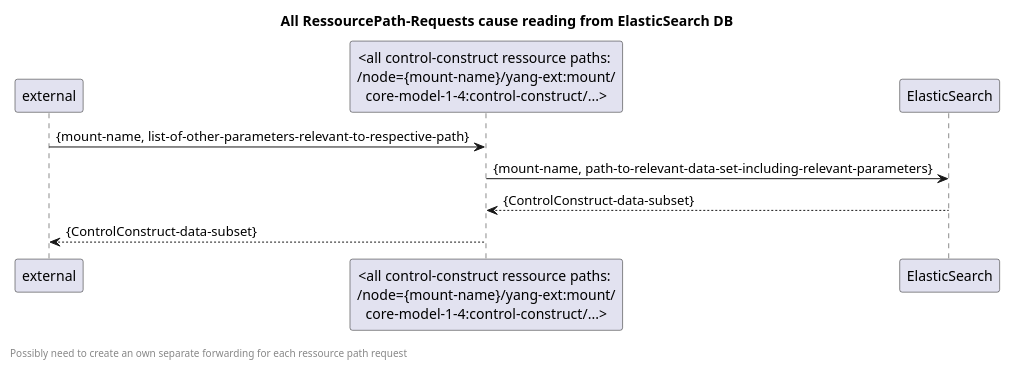
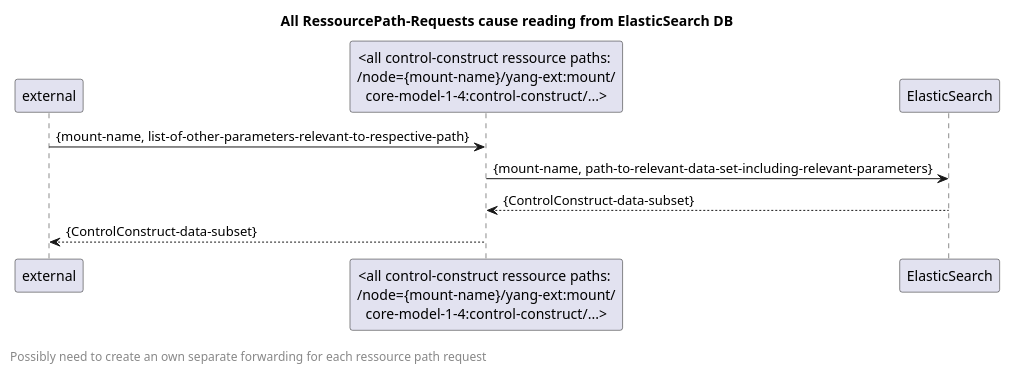
The diagram in spec/diagrams/09x_forwardingRessourcePathRequest.plantuml (openBackhaul/MicroWaveDeviceInventory), drawn with PlantUML before and after one commit. The commit also changed 2 other files, not shown here.

Commit message:
footer style

```diff
--- a/spec/diagrams/09x_forwardingRessourcePathRequest.plantuml
+++ b/spec/diagrams/09x_forwardingRessourcePathRequest.plantuml
@@ -1,16 +1,23 @@
 @startuml
 skinparam responseMessageBelowArrow true
 
 title All RessourcePath-Requests cause reading from ElasticSearch DB
 
 "external" -> "<all control-construct ressource paths: \n/node={mount-name}/yang-ext:mount/\ncore-model-1-4:control-construct/...>": {mount-name, list-of-other-parameters-relevant-to-respective-path}
 
 "<all control-construct ressource paths: \n/node={mount-name}/yang-ext:mount/\ncore-model-1-4:control-construct/...>" -> "ElasticSearch": {mount-name, path-to-relevant-data-set-including-relevant-parameters}
 "ElasticSearch" --> "<all control-construct ressource paths: \n/node={mount-name}/yang-ext:mount/\ncore-model-1-4:control-construct/...>": {ControlConstruct-data-subset}
 
 "<all control-construct ressource paths: \n/node={mount-name}/yang-ext:mount/\ncore-model-1-4:control-construct/...>" --> "external": {ControlConstruct-data-subset}
 
 
 left footer \nPossibly need to create an own separate forwarding for each ressource path request
 
+<style>
+footer {
+  HorizontalAlignment left
+  FontSize 12
+}
+</style>
+
 @enduml
```
